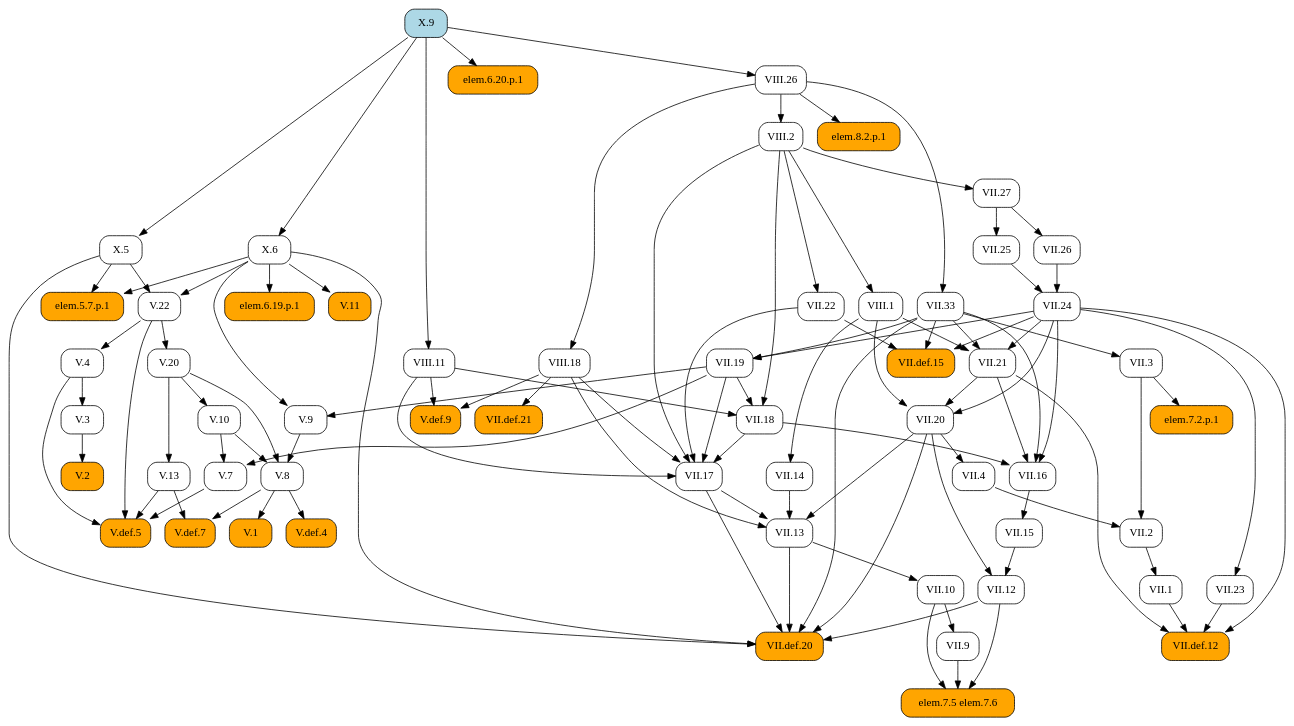
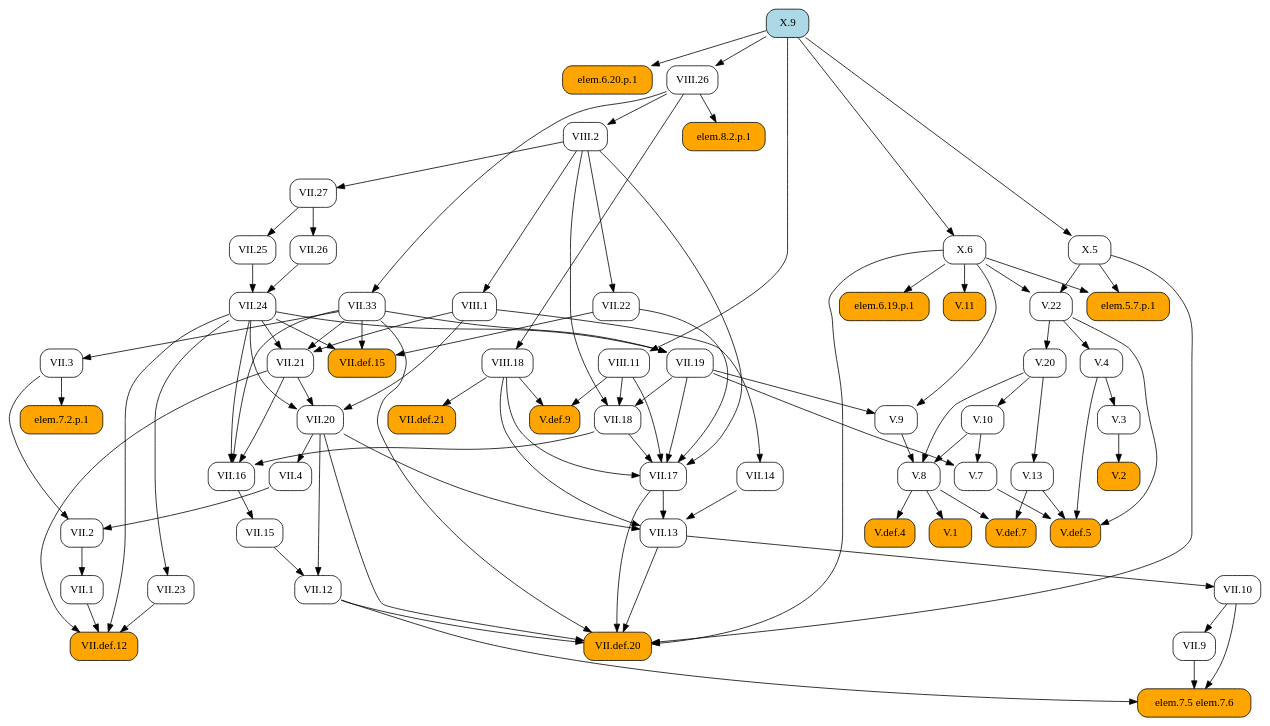
One commit to geometor/elements changed the diagram in docsrc/heath/X/9/index.rst. Above: the diagram before and after it, drawn with Graphviz. The commit also changed other lines of this file and 1029 other files, not shown here.

```diff
--- a/docsrc/heath/X/9/index.rst
+++ b/docsrc/heath/X/9/index.rst
@@ -72,107 +72,156 @@
    digraph {
      rankdir="TB";
      node [shape=box, style=rounded];
-     "V.1" [style="rounded,filled", fillcolor=orange, URL="/heath/V/1/", target="_top"];
+     "elem.6.20.p.1" [style="rounded,filled", fillcolor=orange];
+     "VII.1" [URL="/heath/VII/1/", target="_top"];
+     "VIII.26" [URL="/heath/VIII/26/", target="_top"];
+     "VII.9" [URL="/heath/VII/9/", target="_top"];
+     "X.9" [style="rounded,filled", fillcolor=lightblue, URL="/heath/X/9/", target="_top"];
+     "V.def.5" [style="rounded,filled", fillcolor=orange, URL="/heath/V/def.5/", target="_top"];
+     "V.22" [URL="/heath/V/22/", target="_top"];
+     "X.6" [URL="/heath/X/6/", target="_top"];
+     "V.20" [URL="/heath/V/20/", target="_top"];
+     "V.10" [URL="/heath/V/10/", target="_top"];
+     "V.11" [style="rounded,filled", fillcolor=orange, URL="/heath/V/11/", target="_top"];
+     "VII.17" [URL="/heath/VII/17/", target="_top"];
+     "VII.3" [URL="/heath/VII/3/", target="_top"];
+     "V.13" [URL="/heath/V/13/", target="_top"];
+     "elem.7.5 elem.7.6" [style="rounded,filled", fillcolor=orange];
+     "VII.def.21" [style="rounded,filled", fillcolor=orange, URL="/heath/VII/def.21/", target="_top"];
+     "V.7" [URL="/heath/V/7/", target="_top"];
+     "V.9" [URL="/heath/V/9/", target="_top"];
+     "VII.13" [URL="/heath/VII/13/", target="_top"];
+     "VII.2" [URL="/heath/VII/2/", target="_top"];
+     "VIII.1" [URL="/heath/VIII/1/", target="_top"];
+     "VIII.2" [URL="/heath/VIII/2/", target="_top"];
+     "V.3" [URL="/heath/V/3/", target="_top"];
      "VII.12" [URL="/heath/VII/12/", target="_top"];
-     "V.20" [URL="/heath/V/20/", target="_top"];
-     "VII.16" [URL="/heath/VII/16/", target="_top"];
-     "VII.13" [URL="/heath/VII/13/", target="_top"];
-     "VII.14" [URL="/heath/VII/14/", target="_top"];
-     "V.2" [style="rounded,filled", fillcolor=orange, URL="/heath/V/2/", target="_top"];
-     "V.def.4" [style="rounded,filled", fillcolor=orange, URL="/heath/V/def.4/", target="_top"];
+     "VII.24" [URL="/heath/VII/24/", target="_top"];
+     "elem.6.19.p.1" [style="rounded,filled", fillcolor=orange];
+     "V.8" [URL="/heath/V/8/", target="_top"];
+     "VII.def.12" [style="rounded,filled", fillcolor=orange, URL="/heath/VII/def.12/", target="_top"];
+     "VII.33" [URL="/heath/VII/33/", target="_top"];
+     "V.def.9" [style="rounded,filled", fillcolor=orange, URL="/heath/V/def.9/", target="_top"];
+     "elem.7.2.p.1" [style="rounded,filled", fillcolor=orange];
+     "VIII.18" [URL="/heath/VIII/18/", target="_top"];
+     "VII.10" [URL="/heath/VII/10/", target="_top"];
      "VII.def.15" [style="rounded,filled", fillcolor=orange, URL="/heath/VII/def.15/", target="_top"];
      "VII.18" [URL="/heath/VII/18/", target="_top"];
-     "V.22" [URL="/heath/V/22/", target="_top"];
+     "VII.19" [URL="/heath/VII/19/", target="_top"];
+     "VIII.11" [URL="/heath/VIII/11/", target="_top"];
+     "VII.16" [URL="/heath/VII/16/", target="_top"];
+     "V.4" [URL="/heath/V/4/", target="_top"];
      "elem.5.7.p.1" [style="rounded,filled", fillcolor=orange];
+     "VII.26" [URL="/heath/VII/26/", target="_top"];
+     "VII.4" [URL="/heath/VII/4/", target="_top"];
+     "VII.25" [URL="/heath/VII/25/", target="_top"];
      "VII.21" [URL="/heath/VII/21/", target="_top"];
-     "V.8" [URL="/heath/V/8/", target="_top"];
-     "V.4" [URL="/heath/V/4/", target="_top"];
-     "V.7" [URL="/heath/V/7/", target="_top"];
+     "V.1" [style="rounded,filled", fillcolor=orange, URL="/heath/V/1/", target="_top"];
+     "VII.20" [URL="/heath/VII/20/", target="_top"];
+     "X.5" [URL="/heath/X/5/", target="_top"];
+     "VII.27" [URL="/heath/VII/27/", target="_top"];
+     "VII.14" [URL="/heath/VII/14/", target="_top"];
+     "V.def.4" [style="rounded,filled", fillcolor=orange, URL="/heath/V/def.4/", target="_top"];
+     "V.2" [style="rounded,filled", fillcolor=orange, URL="/heath/V/2/", target="_top"];
+     "VII.22" [URL="/heath/VII/22/", target="_top"];
+     "V.def.7" [style="rounded,filled", fillcolor=orange, URL="/heath/V/def.7/", target="_top"];
+     "VII.23" [URL="/heath/VII/23/", target="_top"];
      "VII.15" [URL="/heath/VII/15/", target="_top"];
-     "VII.def.12" [style="rounded,filled", fillcolor=orange, URL="/heath/VII/def.12/", target="_top"];
-     "V.13" [URL="/heath/V/13/", target="_top"];
-     "X.5" [URL="/heath/X/5/", target="_top"];
-     "VIII.18" [URL="/heath/VIII/18/", target="_top"];
-     "VII.2" [URL="/heath/VII/2/", target="_top"];
      "VII.def.20" [style="rounded,filled", fillcolor=orange, URL="/heath/VII/def.20/", target="_top"];
-     "elem.6.19.p.1" [style="rounded,filled", fillcolor=orange];
-     "VII.3" [URL="/heath/VII/3/", target="_top"];
-     "elem.7.5 elem.7.6" [style="rounded,filled", fillcolor=orange];
      "elem.8.2.p.1" [style="rounded,filled", fillcolor=orange];
-     "VII.10" [URL="/heath/VII/10/", target="_top"];
-     "V.def.7" [style="rounded,filled", fillcolor=orange, URL="/heath/V/def.7/", target="_top"];
-     "V.def.9" [style="rounded,filled", fillcolor=orange, URL="/heath/V/def.9/", target="_top"];
-     "VII.20" [URL="/heath/VII/20/", target="_top"];
-     "V.10" [URL="/heath/V/10/", target="_top"];
-     "X.6" [URL="/heath/X/6/", target="_top"];
-     "X.9" [style="rounded,filled", fillcolor=lightblue, URL="/heath/X/9/", target="_top"];
-     "VIII.11" [URL="/heath/VIII/11/", target="_top"];
-     "VII.9" [URL="/heath/VII/9/", target="_top"];
-     "VIII.1" [URL="/heath/VIII/1/", target="_top"];
-     "VII.25" [URL="/heath/VII/25/", target="_top"];
-     "VII.23" [URL="/heath/VII/23/", target="_top"];
-     "VII.27" [URL="/heath/VII/27/", target="_top"];
-     "VIII.2" [URL="/heath/VIII/2/", target="_top"];
-     "V.11" [style="rounded,filled", fillcolor=orange, URL="/heath/V/11/", target="_top"];
-     "VII.24" [URL="/heath/VII/24/", target="_top"];
-     "VII.19" [URL="/heath/VII/19/", target="_top"];
-     "VII.4" [URL="/heath/VII/4/", target="_top"];
-     "elem.7.2.p.1" [style="rounded,filled", fillcolor=orange];
-     "V.9" [URL="/heath/V/9/", target="_top"];
-     "VII.26" [URL="/heath/VII/26/", target="_top"];
-     "elem.6.20.p.1" [style="rounded,filled", fillcolor=orange];
-     "V.3" [URL="/heath/V/3/", target="_top"];
-     "VII.1" [URL="/heath/VII/1/", target="_top"];
-     "VII.22" [URL="/heath/VII/22/", target="_top"];
-     "VIII.26" [URL="/heath/VIII/26/", target="_top"];
-     "VII.33" [URL="/heath/VII/33/", target="_top"];
-     "VII.def.21" [style="rounded,filled", fillcolor=orange, URL="/heath/VII/def.21/", target="_top"];
-     "V.def.5" [style="rounded,filled", fillcolor=orange, URL="/heath/V/def.5/", target="_top"];
-     "VII.17" [URL="/heath/VII/17/", target="_top"];
-     "V.8" -> "V.1";
-     "VII.15" -> "VII.12";
-     "VII.20" -> "VII.12";
+     "X.9" -> "elem.6.20.p.1";
+     "VII.2" -> "VII.1";
+     "X.9" -> "VIII.26";
+     "VII.10" -> "VII.9";
+     "V.4" -> "V.def.5";
+     "V.7" -> "V.def.5";
+     "V.13" -> "V.def.5";
+     "V.22" -> "V.def.5";
+     "X.5" -> "V.22";
+     "X.6" -> "V.22";
+     "X.9" -> "X.6";
      "V.22" -> "V.20";
-     "VII.18" -> "VII.16";
-     "VII.21" -> "VII.16";
-     "VII.24" -> "VII.16";
-     "VII.33" -> "VII.16";
+     "V.20" -> "V.10";
+     "X.6" -> "V.11";
+     "VII.18" -> "VII.17";
+     "VII.19" -> "VII.17";
+     "VII.22" -> "VII.17";
+     "VIII.2" -> "VII.17";
+     "VIII.11" -> "VII.17";
+     "VIII.18" -> "VII.17";
+     "VII.33" -> "VII.3";
+     "V.20" -> "V.13";
+     "VII.9" -> "elem.7.5 elem.7.6";
+     "VII.10" -> "elem.7.5 elem.7.6";
+     "VII.12" -> "elem.7.5 elem.7.6";
+     "VIII.18" -> "VII.def.21";
+     "V.10" -> "V.7";
+     "VII.19" -> "V.7";
+     "VII.19" -> "V.9";
+     "X.6" -> "V.9";
      "VII.14" -> "VII.13";
      "VII.17" -> "VII.13";
      "VII.20" -> "VII.13";
      "VIII.18" -> "VII.13";
-     "VIII.1" -> "VII.14";
-     "V.3" -> "V.2";
-     "V.8" -> "V.def.4";
+     "VII.3" -> "VII.2";
+     "VII.4" -> "VII.2";
+     "VIII.2" -> "VIII.1";
+     "VIII.26" -> "VIII.2";
+     "V.4" -> "V.3";
+     "VII.15" -> "VII.12";
+     "VII.20" -> "VII.12";
+     "VII.25" -> "VII.24";
+     "VII.26" -> "VII.24";
+     "X.6" -> "elem.6.19.p.1";
+     "V.9" -> "V.8";
+     "V.10" -> "V.8";
+     "V.20" -> "V.8";
+     "VII.1" -> "VII.def.12";
+     "VII.21" -> "VII.def.12";
+     "VII.23" -> "VII.def.12";
+     "VII.24" -> "VII.def.12";
+     "VIII.26" -> "VII.33";
+     "VIII.11" -> "V.def.9";
+     "VIII.18" -> "V.def.9";
+     "VII.3" -> "elem.7.2.p.1";
+     "VIII.26" -> "VIII.18";
+     "VII.13" -> "VII.10";
      "VII.22" -> "VII.def.15";
      "VII.24" -> "VII.def.15";
      "VII.33" -> "VII.def.15";
      "VII.19" -> "VII.18";
      "VIII.2" -> "VII.18";
      "VIII.11" -> "VII.18";
-     "X.5" -> "V.22";
-     "X.6" -> "V.22";
+     "VII.24" -> "VII.19";
+     "VII.33" -> "VII.19";
+     "X.9" -> "VIII.11";
+     "VII.18" -> "VII.16";
+     "VII.21" -> "VII.16";
+     "VII.24" -> "VII.16";
+     "VII.33" -> "VII.16";
+     "V.22" -> "V.4";
      "X.5" -> "elem.5.7.p.1";
      "X.6" -> "elem.5.7.p.1";
+     "VII.27" -> "VII.26";
+     "VII.20" -> "VII.4";
+     "VII.27" -> "VII.25";
      "VII.24" -> "VII.21";
      "VII.33" -> "VII.21";
      "VIII.1" -> "VII.21";
-     "V.9" -> "V.8";
-     "V.10" -> "V.8";
-     "V.20" -> "V.8";
-     "V.22" -> "V.4";
-     "V.10" -> "V.7";
-     "VII.19" -> "V.7";
+     "V.8" -> "V.1";
+     "VII.21" -> "VII.20";
+     "VII.24" -> "VII.20";
+     "VIII.1" -> "VII.20";
+     "X.9" -> "X.5";
+     "VIII.2" -> "VII.27";
+     "VIII.1" -> "VII.14";
+     "V.8" -> "V.def.4";
+     "V.3" -> "V.2";
+     "VIII.2" -> "VII.22";
+     "V.8" -> "V.def.7";
+     "V.13" -> "V.def.7";
+     "VII.24" -> "VII.23";
      "VII.16" -> "VII.15";
-     "VII.1" -> "VII.def.12";
-     "VII.21" -> "VII.def.12";
-     "VII.23" -> "VII.def.12";
-     "VII.24" -> "VII.def.12";
-     "V.20" -> "V.13";
-     "X.9" -> "X.5";
-     "VIII.26" -> "VIII.18";
-     "VII.3" -> "VII.2";
-     "VII.4" -> "VII.2";
      "VII.12" -> "VII.def.20";
      "VII.13" -> "VII.def.20";
      "VII.17" -> "VII.def.20";
@@ -180,54 +229,5 @@
      "VII.33" -> "VII.def.20";
      "X.5" -> "VII.def.20";
      "X.6" -> "VII.def.20";
-     "X.6" -> "elem.6.19.p.1";
-     "VII.33" -> "VII.3";
-     "VII.9" -> "elem.7.5 elem.7.6";
-     "VII.10" -> "elem.7.5 elem.7.6";
-     "VII.12" -> "elem.7.5 elem.7.6";
      "VIII.26" -> "elem.8.2.p.1";
-     "VII.13" -> "VII.10";
-     "V.8" -> "V.def.7";
-     "V.13" -> "V.def.7";
-     "VIII.11" -> "V.def.9";
-     "VIII.18" -> "V.def.9";
-     "VII.21" -> "VII.20";
-     "VII.24" -> "VII.20";
-     "VIII.1" -> "VII.20";
-     "V.20" -> "V.10";
-     "X.9" -> "X.6";
-     "X.9" -> "VIII.11";
-     "VII.10" -> "VII.9";
-     "VIII.2" -> "VIII.1";
-     "VII.27" -> "VII.25";
-     "VII.24" -> "VII.23";
-     "VIII.2" -> "VII.27";
-     "VIII.26" -> "VIII.2";
-     "X.6" -> "V.11";
-     "VII.25" -> "VII.24";
-     "VII.26" -> "VII.24";
-     "VII.24" -> "VII.19";
-     "VII.33" -> "VII.19";
-     "VII.20" -> "VII.4";
-     "VII.3" -> "elem.7.2.p.1";
-     "VII.19" -> "V.9";
-     "X.6" -> "V.9";
-     "VII.27" -> "VII.26";
-     "X.9" -> "elem.6.20.p.1";
-     "V.4" -> "V.3";
-     "VII.2" -> "VII.1";
-     "VIII.2" -> "VII.22";
-     "X.9" -> "VIII.26";
-     "VIII.26" -> "VII.33";
-     "VIII.18" -> "VII.def.21";
-     "V.4" -> "V.def.5";
-     "V.7" -> "V.def.5";
-     "V.13" -> "V.def.5";
-     "V.22" -> "V.def.5";
-     "VII.18" -> "VII.17";
-     "VII.19" -> "VII.17";
-     "VII.22" -> "VII.17";
-     "VIII.2" -> "VII.17";
-     "VIII.11" -> "VII.17";
-     "VIII.18" -> "VII.17";
    }
```
